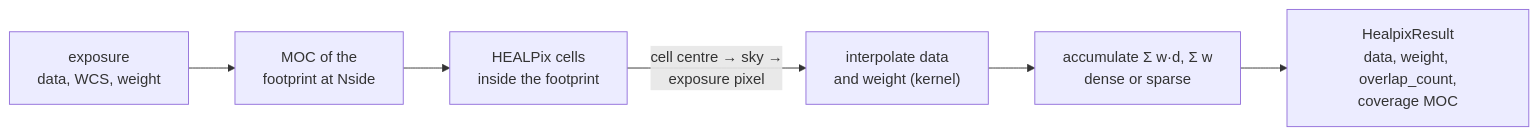
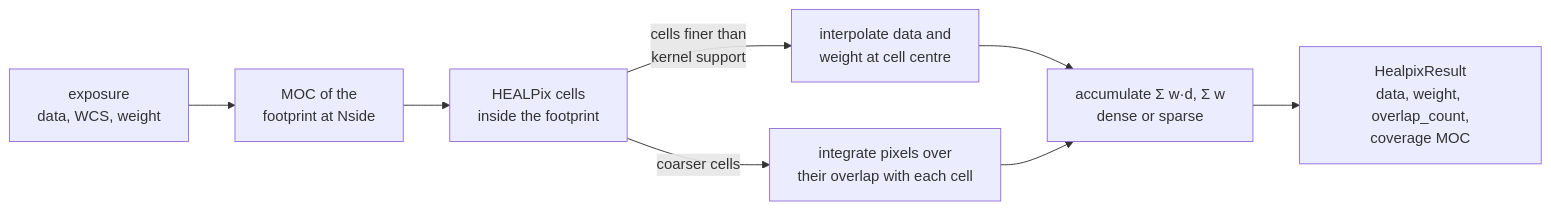
The diagram in docs/maps/healpix-mapmaking.md (astroai/torchsky), drawn with Mermaid before and after one commit. The commit also changed other lines of this file and 74 other files, not shown here.

````diff
--- a/docs/maps/healpix-mapmaking.md
+++ b/docs/maps/healpix-mapmaking.md
@@ -21,8 +21,10 @@
 ```mermaid
 flowchart LR
     O["exposure<br/>data, WCS, weight"] --> M["MOC of the<br/>footprint at Nside"]
     M --> P["HEALPix cells<br/>inside the footprint"]
-    P -->|"cell centre → sky →<br/>exposure pixel"| S["interpolate data<br/>and weight (kernel)"]
+    P -->|"cells finer than<br/>kernel support"| S["interpolate data and<br/>weight at cell centre"]
+    P -->|"coarser cells"| I["integrate pixels over<br/>their overlap with each cell"]
     S --> A["accumulate Σ w·d, Σ w<br/>dense or sparse"]
+    I --> A
     A --> R["HealpixResult<br/>data, weight, overlap_count,<br/>coverage MOC"]
 ```
````
